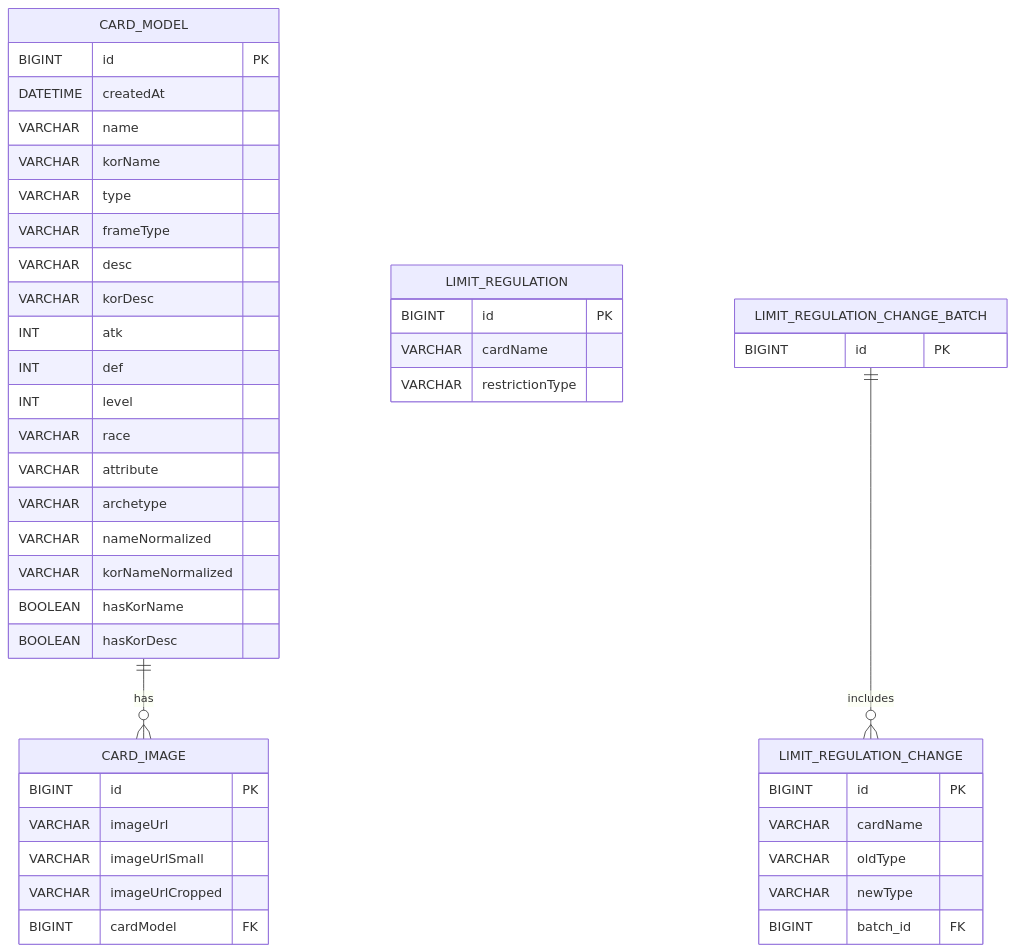
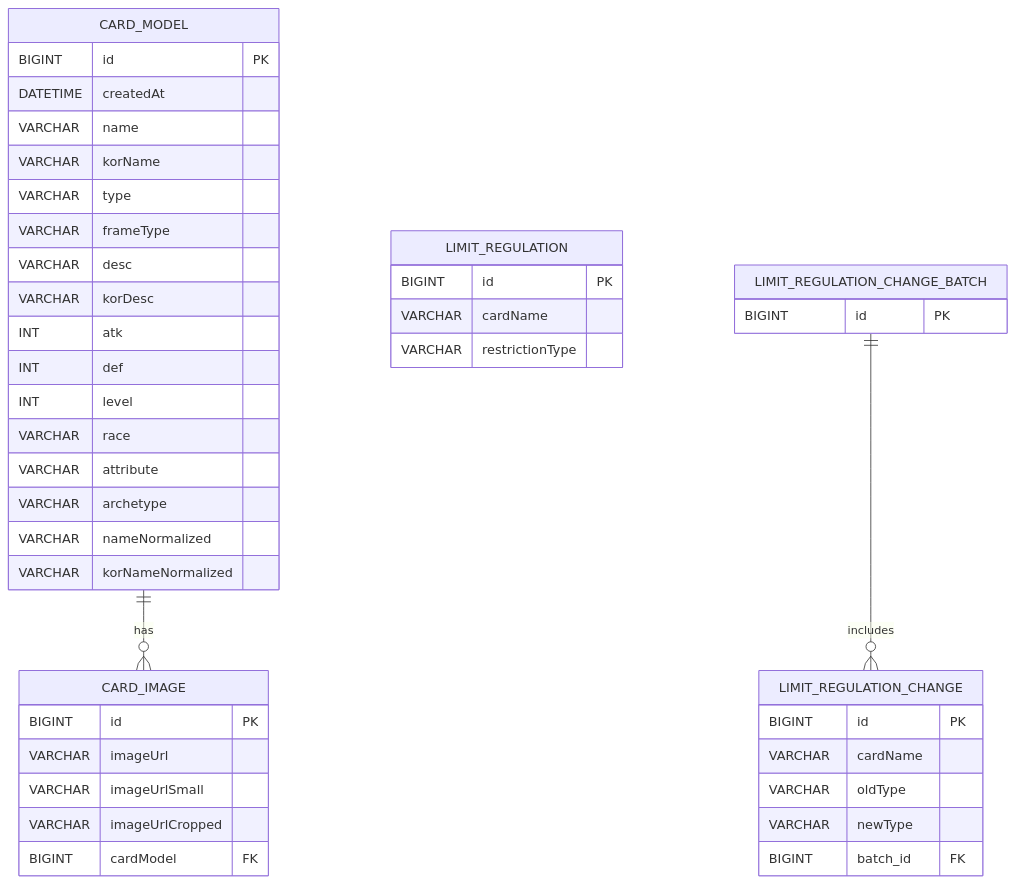
One commit to asbazq/YuGiOhDeck changed the sixth of 6 diagrams in README.md. Above: the diagram before and after it, drawn with Mermaid. The commit also changed other lines of this file, not shown here.

````diff
--- a/README.md
+++ b/README.md
@@ -327,53 +846,51 @@
 ```mermaid
 erDiagram
+
   CARD_MODEL {
     BIGINT id PK
     DATETIME createdAt
     VARCHAR name
     VARCHAR korName
     VARCHAR type
     VARCHAR frameType
     VARCHAR desc
     VARCHAR korDesc
     INT atk
     INT def
     INT level
     VARCHAR race
     VARCHAR attribute
     VARCHAR archetype
     VARCHAR nameNormalized
     VARCHAR korNameNormalized
-    BOOLEAN hasKorName
-    BOOLEAN hasKorDesc
   }
 
   CARD_IMAGE {
     BIGINT id PK
     VARCHAR imageUrl
     VARCHAR imageUrlSmall
     VARCHAR imageUrlCropped
     BIGINT cardModel FK
   }
 
   LIMIT_REGULATION {
     BIGINT id PK
     VARCHAR cardName
     VARCHAR restrictionType
   }
 
   LIMIT_REGULATION_CHANGE_BATCH {
     BIGINT id PK
   }
 
   LIMIT_REGULATION_CHANGE {
     BIGINT id PK
     VARCHAR cardName
     VARCHAR oldType
     VARCHAR newType
     BIGINT batch_id FK
   }
 
   CARD_MODEL ||--o{ CARD_IMAGE : has
   LIMIT_REGULATION_CHANGE_BATCH ||--o{ LIMIT_REGULATION_CHANGE : includes
-
 ```
````
